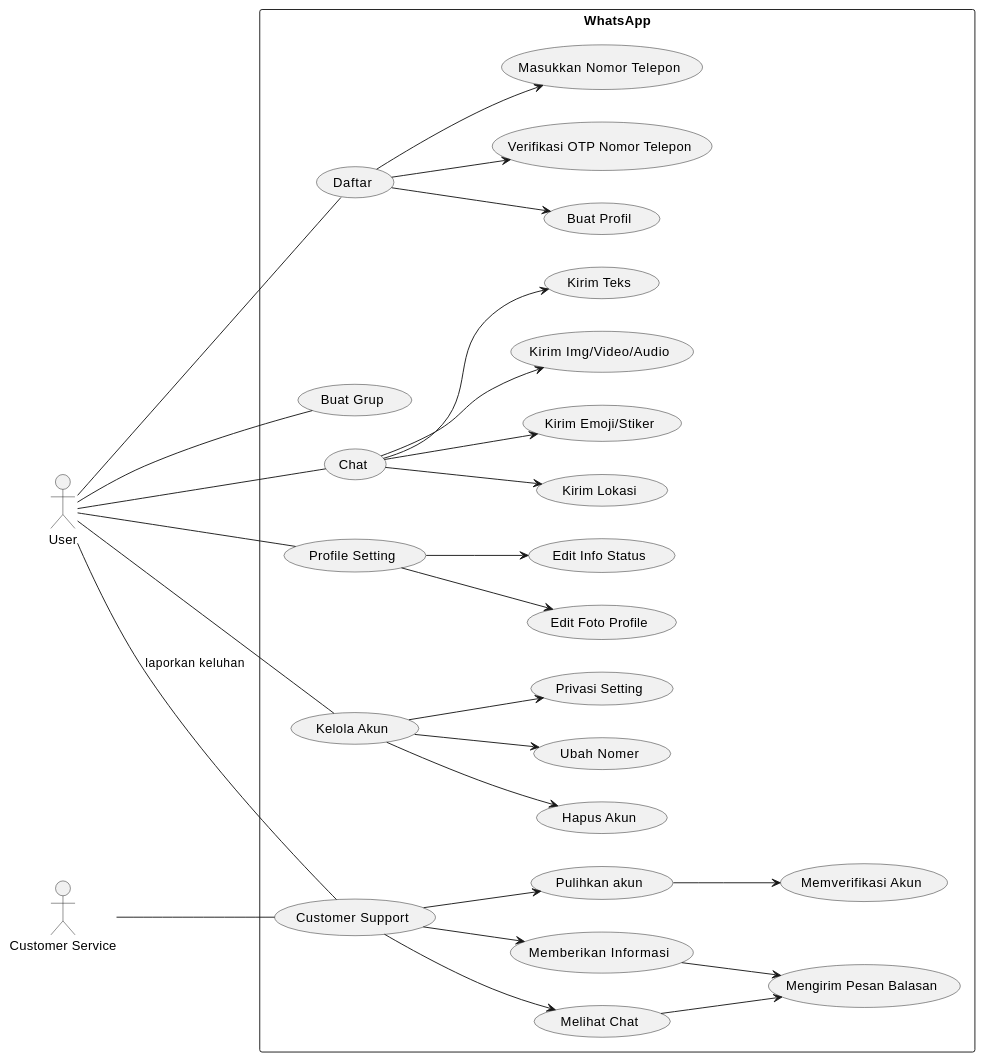
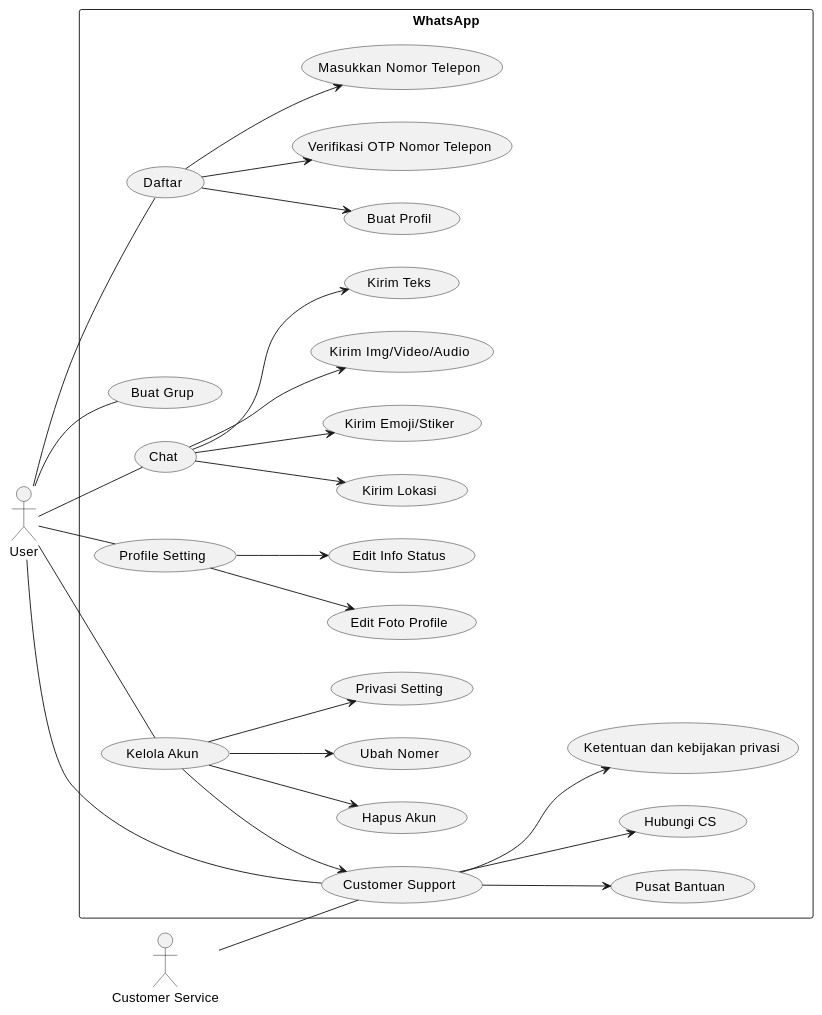
Before and after one commit to fikiap23/chatbro: the diagram in jawaban_job_interview.md, drawn with PlantUML. The commit also changed 1 other file, not shown here.

````diff
--- a/jawaban_job_interview.md
+++ b/jawaban_job_interview.md
@@ -383,44 +383,42 @@
 ```plantuml
-
 @startuml
 left to right direction
 actor User as U
 actor "Customer Service" as CS
 
 rectangle WhatsApp {
   U -- (Daftar)
   U -- (Buat Grup)
   U -- (Chat)
   U -- (Profile Setting)
   U -- (Kelola Akun)
-  U -- (Customer Support): laporkan keluhan
+  U -- (Customer Support)
   CS -- (Customer Support)
 
  (Daftar) --> (Buat Profil)
   (Daftar) --> (Verifikasi OTP Nomor Telepon)
   (Daftar) --> (Masukkan Nomor Telepon)
 
   (Chat) --> (Kirim Lokasi)
   (Chat) --> (Kirim Emoji/Stiker)
   (Chat) --> (Kirim Img/Video/Audio)
   (Chat) --> (Kirim Teks)
 
   (Profile Setting) --> (Edit Foto Profile)
   (Profile Setting) --> (Edit Info Status)
 
   (Kelola Akun) --> (Hapus Akun)
   (Kelola Akun) --> (Ubah Nomer)
   (Kelola Akun) --> (Privasi Setting)
+  (Kelola Akun) --> (Customer Support)
 
-  (Customer Support) --> (Melihat Chat)
-(Customer Support) --> (Memberikan Informasi)
-(Customer Support) --> (Pulihkan akun)
+(Customer Support) --> (Pusat Bantuan)
+(Customer Support) --> (Hubungi CS)
+(Customer Support) --> (Ketentuan dan kebijakan privasi)
 
-(Melihat Chat) --> (Mengirim Pesan Balasan)
-(Memberikan Informasi) --> (Mengirim Pesan Balasan)
-(Pulihkan akun) --> (Memverifikasi Akun)
+
 }
 
 @enduml
 
 ```
````
